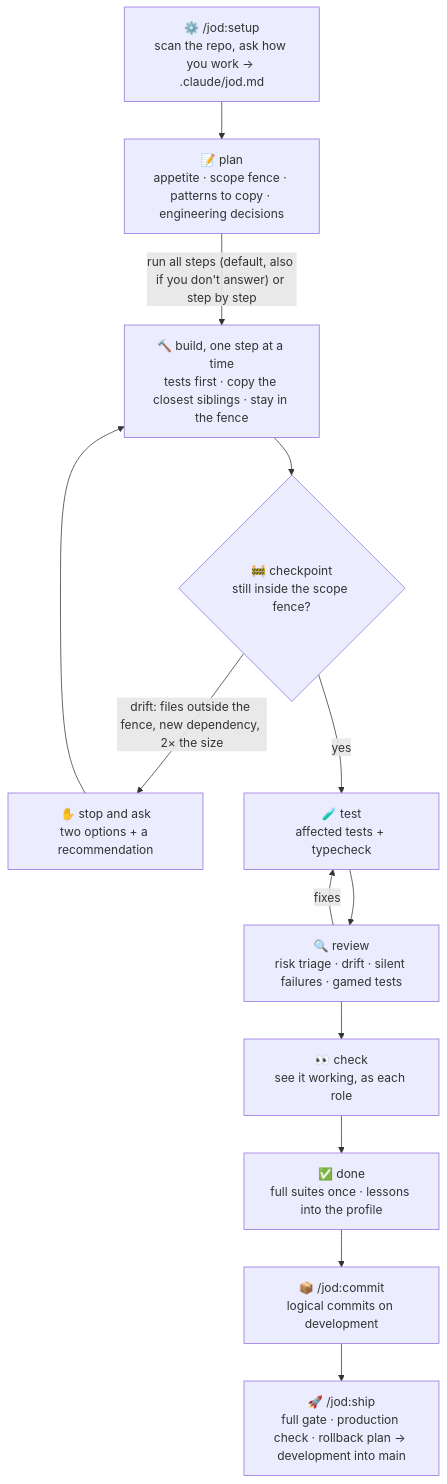
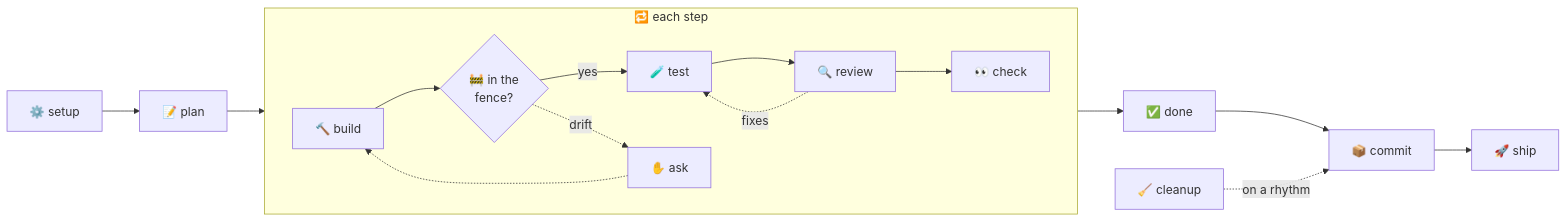
The diagram in README.md (l3lackcurtains/jod), drawn with Mermaid before and after one commit. The commit also changed other lines of this file, not shown here.

Commit message:
docs: compact How it works (left-to-right flow + stage table, adds cleanup)

````diff
--- a/README.md
+++ b/README.md
@@ -88,16 +88,13 @@
 ```mermaid
-flowchart TD
-    S["⚙️ /jod:setup<br/>scan the repo, ask how you work → .claude/jod.md"]
-    S --> P["📝 plan<br/>appetite · scope fence · patterns to copy · engineering decisions"]
-    P -->|"run all steps (default, also if you don't answer) or step by step"| B["🔨 build, one step at a time<br/>tests first · copy the closest siblings · stay in the fence"]
-    B --> C{"🚧 checkpoint<br/>still inside the scope fence?"}
-    C -->|"drift: files outside the fence, new dependency, 2× the size"| Q["✋ stop and ask<br/>two options + a recommendation"]
-    Q --> B
-    C -->|yes| T["🧪 test<br/>affected tests + typecheck"]
-    T --> R["🔍 review<br/>risk triage · drift · silent failures · gamed tests"]
-    R -->|"fixes"| T
-    R --> K["👀 check<br/>see it working, as each role"]
-    K --> D["✅ done<br/>full suites once · lessons into the profile"]
-    D --> CM["📦 /jod:commit<br/>logical commits on development"]
-    CM --> SH["🚀 /jod:ship<br/>full gate · production check · rollback plan → development into main"]
+flowchart LR
+    subgraph each ["🔁 each step"]
+        direction LR
+        B["🔨 build"] --> C{"🚧 in the<br/>fence?"}
+        C -- yes --> T["🧪 test"] --> R["🔍 review"] --> K["👀 check"]
+        C -. drift .-> Q["✋ ask"] -.-> B
+        R -. fixes .-> T
+    end
+    S["⚙️ setup"] --> P["📝 plan"] --> B
+    K --> D["✅ done"] --> CM["📦 commit"] --> SH["🚀 ship"]
+    CL["🧹 cleanup"] -. on a rhythm .-> CM
 ```
````
